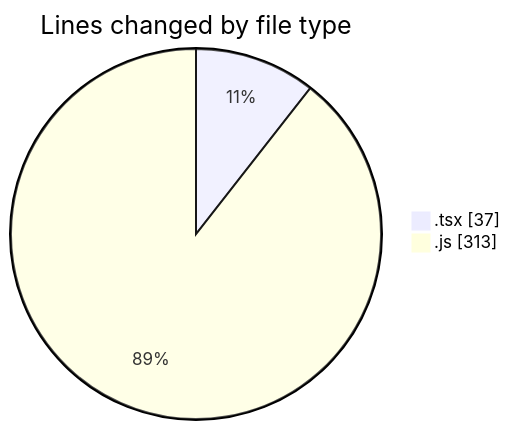
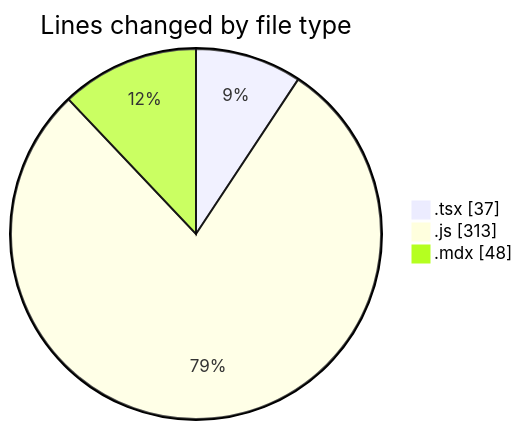
One commit to Elitesun/code-tracking changed the first of 2 diagrams in 2025-05-11/elitesun/README.md. Above: the diagram before and after it, drawn with Mermaid. The commit also changed other lines of this file and 1 other file, not shown here.

````diff
--- a/2025-05-11/elitesun/README.md
+++ b/2025-05-11/elitesun/README.md
@@ -21,6 +22,7 @@
 ```mermaid
 pie showData
 title Lines changed by file type
 ".tsx" : 37
 ".js" : 313
+".mdx" : 48
 ```
````
